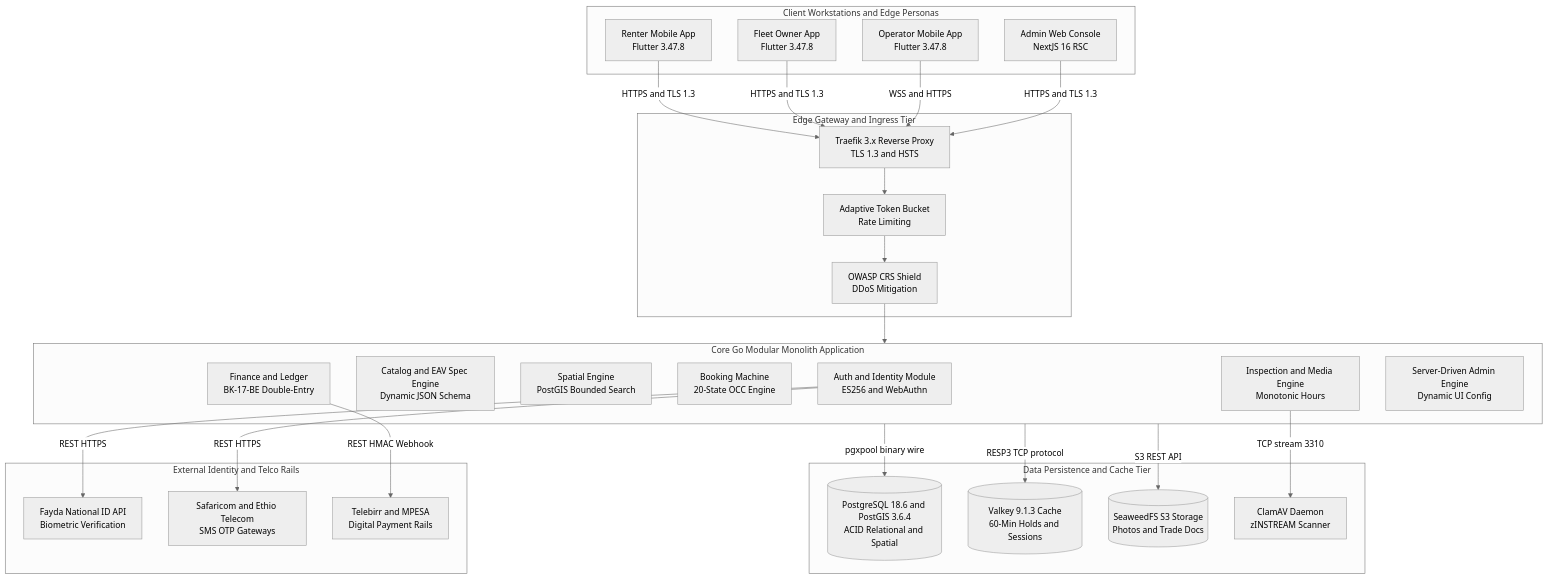
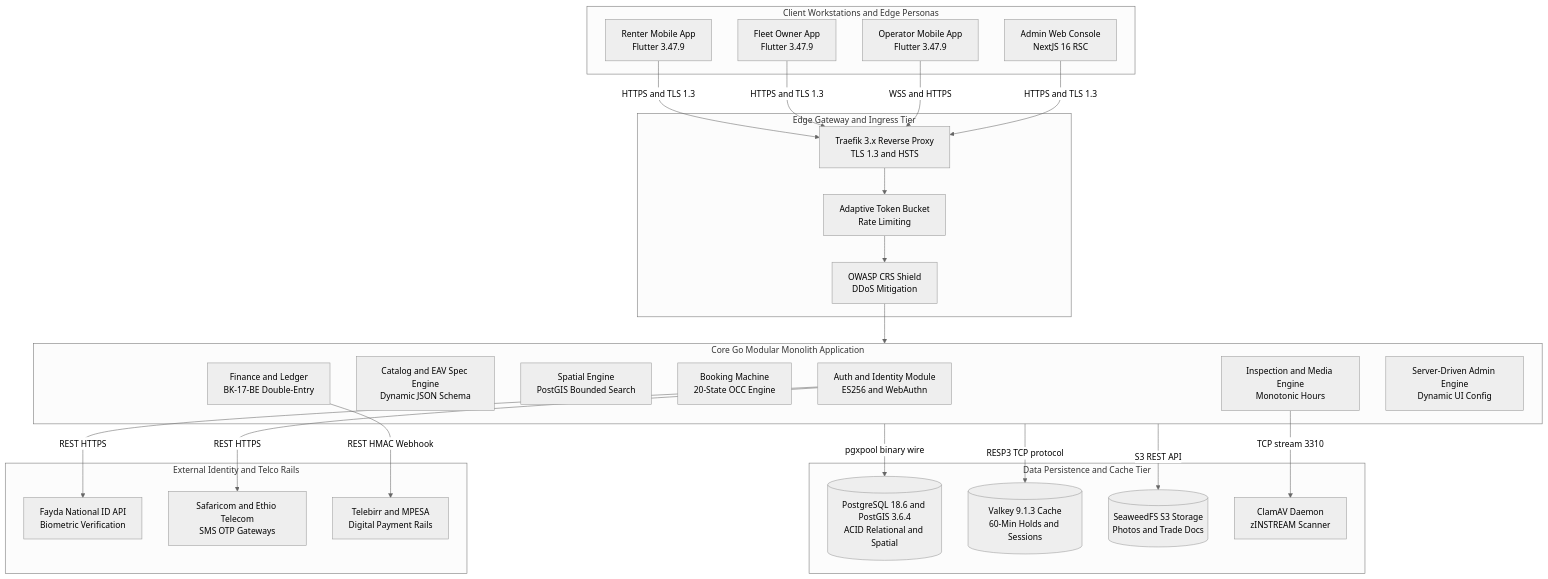
Before and after one commit to YDink/Heavy-Machinery-Logistics-Rental: the second of 10 diagrams in docs/shared/architecture/03-system-architecture-overview.md, drawn with Mermaid (neutral theme). The commit also changed other lines of this file and 183 other files, not shown here.

````diff
--- a/docs/shared/architecture/03-system-architecture-overview.md
+++ b/docs/shared/architecture/03-system-architecture-overview.md
@@ -71,56 +71,56 @@
 ```mermaid
 flowchart TD
     subgraph Clients [Client Workstations and Edge Personas]
-        RenterApp["Renter Mobile App<br/>Flutter 3.47.8"]
-        OwnerApp["Fleet Owner App<br/>Flutter 3.47.8"]
-        OperatorApp["Operator Mobile App<br/>Flutter 3.47.8"]
+        RenterApp["Renter Mobile App<br/>Flutter 3.47.9"]
+        OwnerApp["Fleet Owner App<br/>Flutter 3.47.9"]
+        OperatorApp["Operator Mobile App<br/>Flutter 3.47.9"]
         AdminWeb["Admin Web Console<br/>NextJS 16 RSC"]
     end
 
     subgraph EdgeGateway [Edge Gateway and Ingress Tier]
         Traefik["Traefik 3.x Reverse Proxy<br/>TLS 1.3 and HSTS"]
         RateLimiter["Adaptive Token Bucket<br/>Rate Limiting"]
         WAF["OWASP CRS Shield<br/>DDoS Mitigation"]
     end
 
     subgraph CoreEngine [Core Go Modular Monolith Application]
         AuthModule["Auth and Identity Module<br/>ES256 and WebAuthn"]
         CatalogModule["Catalog and EAV Spec Engine<br/>Dynamic JSON Schema"]
         GeoModule["Spatial Engine<br/>PostGIS Bounded Search"]
         BookingModule["Booking Machine<br/>20-State OCC Engine"]
         FinanceModule["Finance and Ledger<br/>BK-17-BE Double-Entry"]
         InspectModule["Inspection and Media Engine<br/>Monotonic Hours"]
         AdminUIModule["Server-Driven Admin Engine<br/>Dynamic UI Config"]
     end
 
     subgraph Persistence [Data Persistence and Cache Tier]
         PostgreSQL[("PostgreSQL 18.6 and PostGIS 3.6.4<br/>ACID Relational and Spatial")]
         ValkeyCluster[("Valkey 9.1.3 Cache<br/>60-Min Holds and Sessions")]
         SeaweedStorage[("SeaweedFS S3 Storage<br/>Photos and Trade Docs")]
         ClamAVScanner["ClamAV Daemon<br/>zINSTREAM Scanner"]
     end
 
     subgraph ExternalServices [External Identity and Telco Rails]
         FaydaNID["Fayda National ID API<br/>Biometric Verification"]
         TelcoSMS["Safaricom and Ethio Telecom<br/>SMS OTP Gateways"]
         MobileMoney["Telebirr and MPESA<br/>Digital Payment Rails"]
     end
 
     RenterApp -->|HTTPS and TLS 1.3| Traefik
     OwnerApp -->|HTTPS and TLS 1.3| Traefik
     OperatorApp -->|WSS and HTTPS| Traefik
     AdminWeb -->|HTTPS and TLS 1.3| Traefik
 
     Traefik --> RateLimiter
     RateLimiter --> WAF
     WAF --> CoreEngine
 
     CoreEngine -->|pgxpool binary wire| PostgreSQL
     CoreEngine -->|RESP3 TCP protocol| ValkeyCluster
     CoreEngine -->|S3 REST API| SeaweedStorage
     InspectModule -->|TCP stream 3310| ClamAVScanner
 
     AuthModule -->|REST HTTPS| FaydaNID
     AuthModule -->|REST HTTPS| TelcoSMS
     FinanceModule -->|REST HMAC Webhook| MobileMoney
 ```
````
